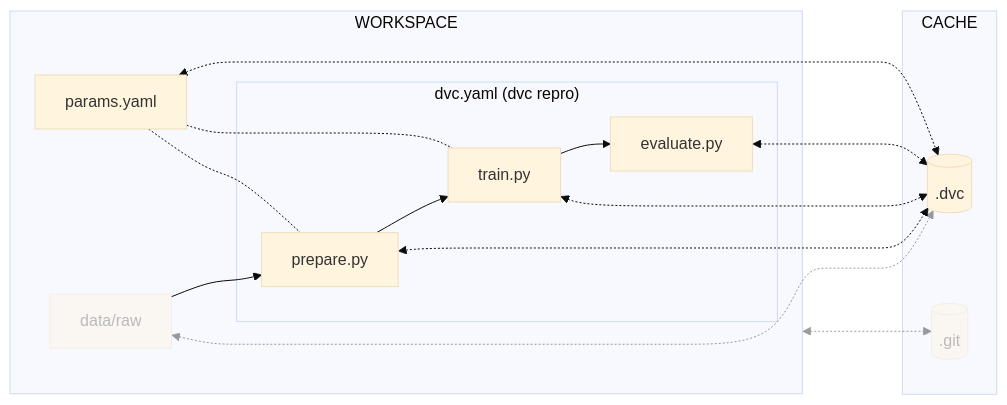
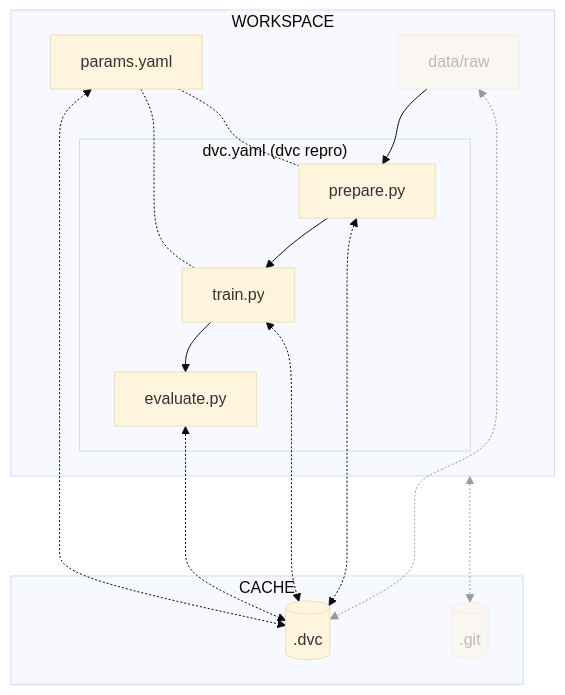
One commit to swiss-ai-center/a-guide-to-mlops changed the diagram in docs/part-1-local-training-and-model-evaluation/chapter-4-reproduce-the-ml-experiment-with-dvc.md. Above: the diagram before and after it, drawn with Mermaid (base theme). The commit also changed 4 other files, not shown here.

Commit message:
Update mermaid graphs for consistency

````diff
--- a/docs/part-1-local-training-and-model-evaluation/chapter-4-reproduce-the-ml-experiment-with-dvc.md
+++ b/docs/part-1-local-training-and-model-evaluation/chapter-4-reproduce-the-ml-experiment-with-dvc.md
@@ -30,28 +30,28 @@
 ```mermaid
-flowchart LR
+flowchart TB
     dot_dvc[(.dvc)]
     dot_git[(.git)]
     data[data/raw] <-.-> dot_dvc
     workspaceGraph <-....-> dot_git
     subgraph cacheGraph[CACHE]
         dot_dvc
         dot_git
     end
     subgraph workspaceGraph[WORKSPACE]
         prepare[prepare.py] <-.-> dot_dvc
         train[train.py] <-.-> dot_dvc
         evaluate[evaluate.py] <-.-> dot_dvc
         data --> prepare
         subgraph dvcGraph["dvc.yaml (dvc repro)"]
             prepare --> train
             train --> evaluate
         end
         params[params.yaml] -.- prepare
         params -.- train
         params <-.-> dot_dvc
     end
     style dot_git opacity:0.4,color:#7f7f7f80
     style data opacity:0.4,color:#7f7f7f80
     linkStyle 0 opacity:0.4,color:#7f7f7f80
     linkStyle 1 opacity:0.4,color:#7f7f7f80
 ```
````
